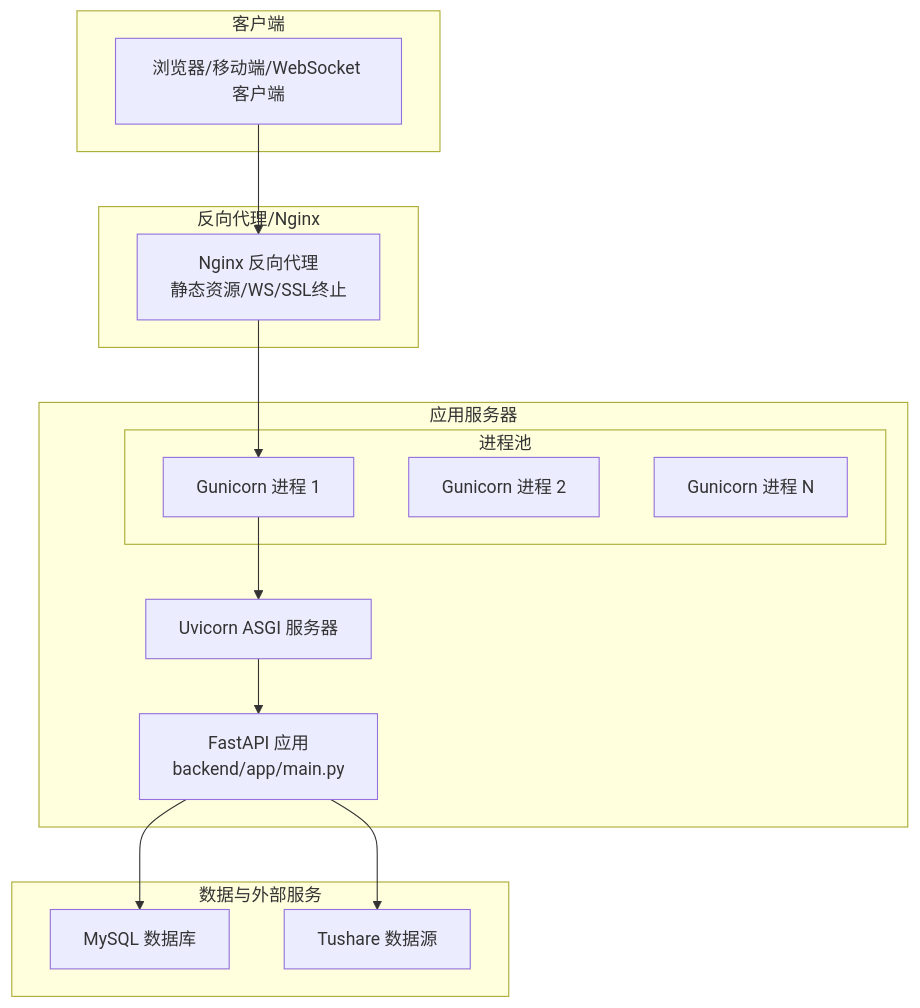
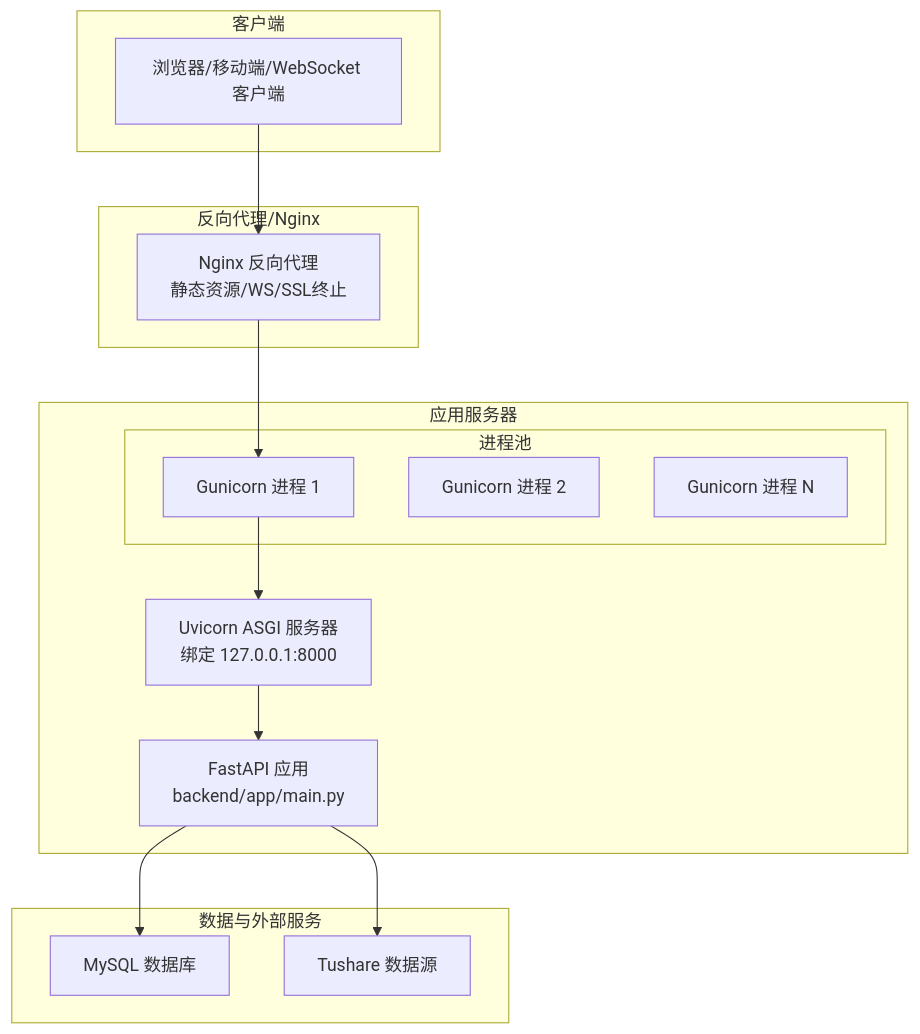
The second of 3 diagrams in .qoder/repowiki/zh/content/开发指南/部署指南/后端服务部署.md (gujialind/InvestRing), drawn with Mermaid before and after one commit. The commit also changed other lines of this file and 32 other files, not shown here.

````diff
--- a/.qoder/repowiki/zh/content/开发指南/部署指南/后端服务部署.md
+++ b/.qoder/repowiki/zh/content/开发指南/部署指南/后端服务部署.md
@@ -75,26 +81,26 @@
 ```mermaid
 graph TB
 subgraph "客户端"
 W["浏览器/移动端/WebSocket 客户端"]
 end
 subgraph "反向代理/Nginx"
 RP["Nginx 反向代理<br/>静态资源/WS/SSL终止"]
 end
 subgraph "应用服务器"
 subgraph "进程池"
 G1["Gunicorn 进程 1"]
 G2["Gunicorn 进程 2"]
 G3["Gunicorn 进程 N"]
 end
-U["Uvicorn ASGI 服务器"]
+U["Uvicorn ASGI 服务器<br/>绑定 127.0.0.1:8000"]
 APP["FastAPI 应用<br/>backend/app/main.py"]
 end
 subgraph "数据与外部服务"
 DB["MySQL 数据库"]
 TS["Tushare 数据源"]
 end
 W --> RP --> G1
 G1 --> U --> APP
 APP --> DB
 APP --> TS
 ```
````
